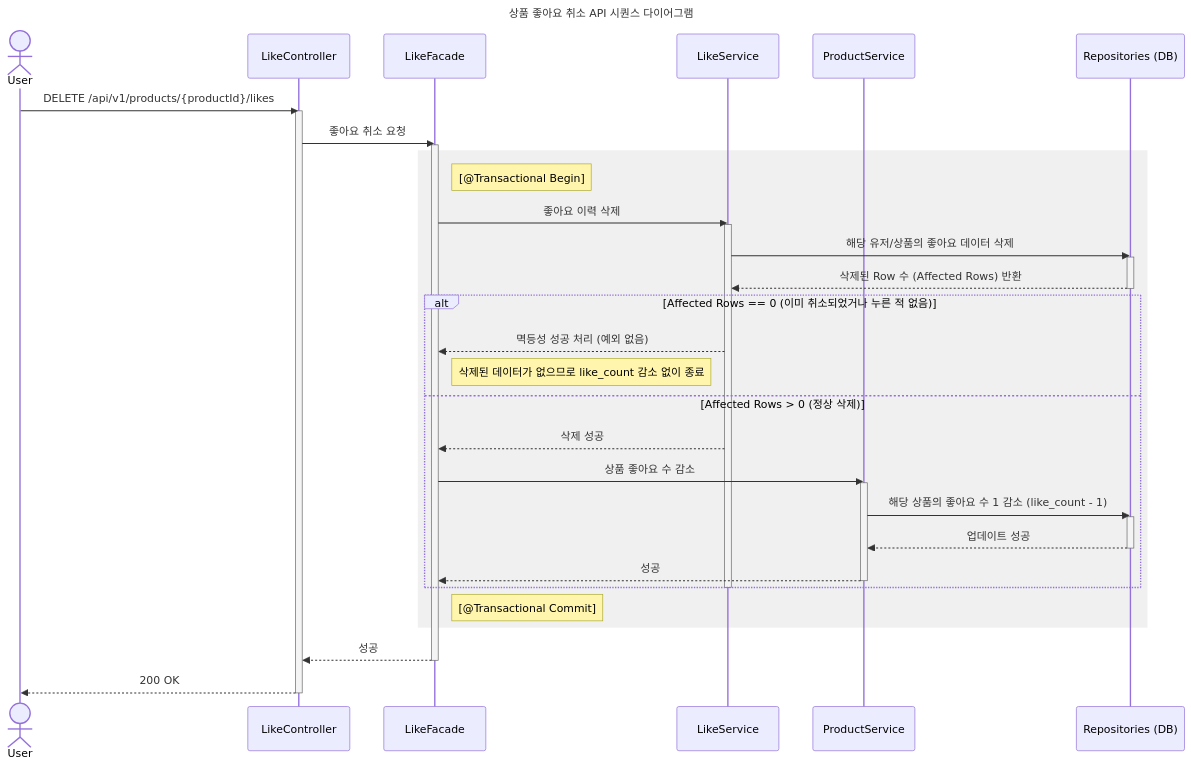
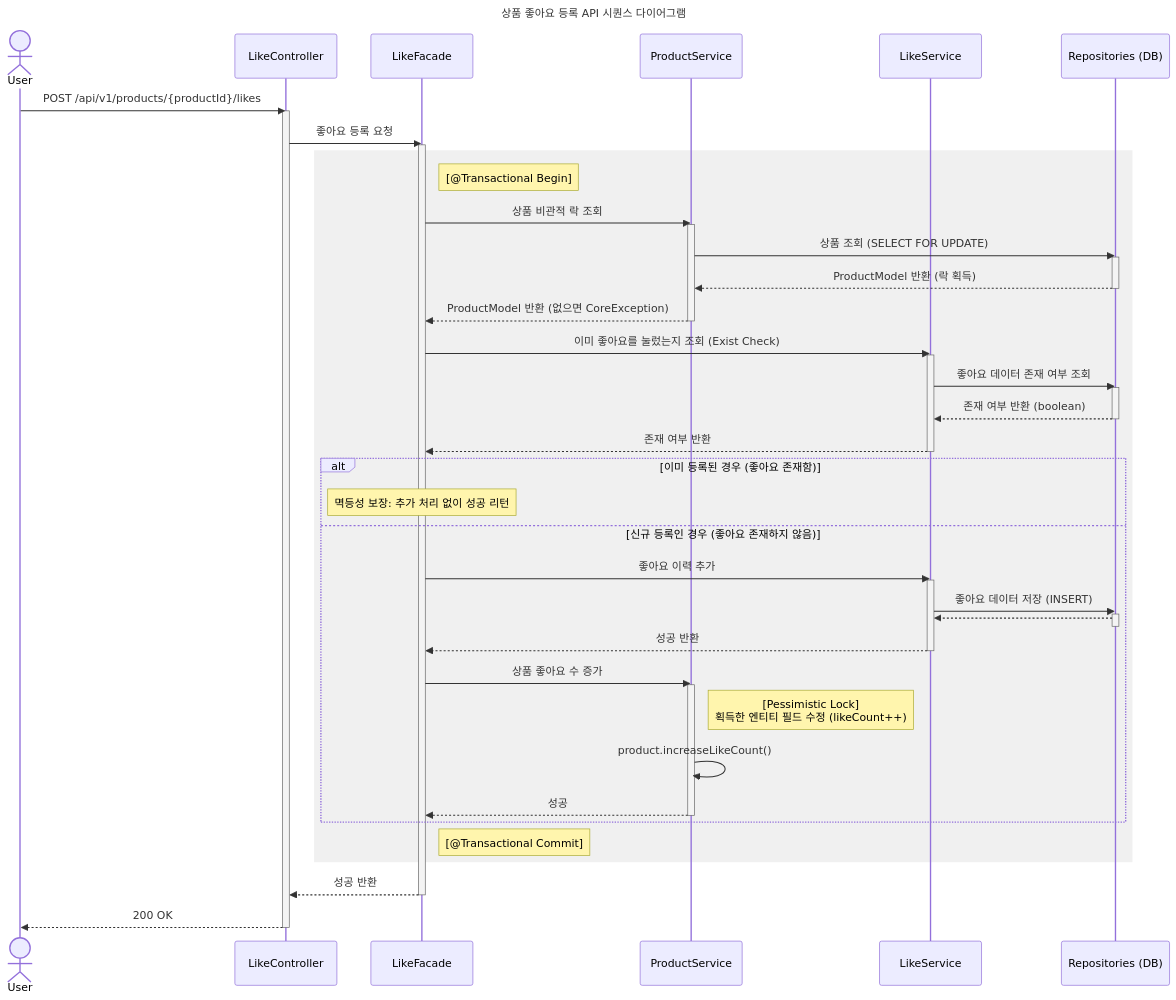
The third of 5 diagrams in docs/week2/02-sequence-diagrams.md (loopers-labs/loop-pack-be-l2-vol4-java), drawn with Mermaid before and after one commit. The commit also changed other lines of this file and 4 other files, not shown here.

````diff
--- a/docs/week2/02-sequence-diagrams.md
+++ b/docs/week2/02-sequence-diagrams.md
@@ -167,52 +195,66 @@
 ```mermaid
 sequenceDiagram
-    title 상품 좋아요 취소 API 시퀀스 다이어그램
+    title 상품 좋아요 등록 API 시퀀스 다이어그램
     actor User
     participant Controller as LikeController
     participant Facade as LikeFacade
+    participant ProductSvc as ProductService
     participant LikeSvc as LikeService
-    participant ProductSvc as ProductService
     participant Repo as Repositories (DB)
 
-    User->>Controller: DELETE /api/v1/products/{productId}/likes
+    User->>Controller: POST /api/v1/products/{productId}/likes
     activate Controller
 
-    Controller->>Facade: 좋아요 취소 요청
+    Controller->>Facade: 좋아요 등록 요청
     activate Facade
 
     rect rgb(240, 240, 240)
         Note right of Facade: [@Transactional Begin]
 
-        Facade->>LikeSvc: 좋아요 이력 삭제
+        Facade->>ProductSvc: 상품 비관적 락 조회
+        activate ProductSvc
+        ProductSvc->>Repo: 상품 조회 (SELECT FOR UPDATE)
+        activate Repo
+        Repo-->>ProductSvc: ProductModel 반환 (락 획득)
+        deactivate Repo
+        ProductSvc-->>Facade: ProductModel 반환 (없으면 CoreException)
+        deactivate ProductSvc
+
+        Facade->>LikeSvc: 이미 좋아요를 눌렀는지 조회 (Exist Check)
         activate LikeSvc
-        LikeSvc->>Repo: 해당 유저/상품의 좋아요 데이터 삭제
+        LikeSvc->>Repo: 좋아요 데이터 존재 여부 조회
         activate Repo
-        Repo-->>LikeSvc: 삭제된 Row 수 (Affected Rows) 반환
+        Repo-->>LikeSvc: 존재 여부 반환 (boolean)
         deactivate Repo
+        LikeSvc-->>Facade: 존재 여부 반환
+        deactivate LikeSvc
 
-        alt Affected Rows == 0 (이미 취소되었거나 누른 적 없음)
-            LikeSvc-->>Facade: 멱등성 성공 처리 (예외 없음)
-            Note right of Facade: 삭제된 데이터가 없으므로 like_count 감소 없이 종료
-        else Affected Rows > 0 (정상 삭제)
-            LikeSvc-->>Facade: 삭제 성공
-            
-            Facade->>ProductSvc: 상품 좋아요 수 감소
+        alt 이미 등록된 경우 (좋아요 존재함)
+            Note over Facade: 멱등성 보장: 추가 처리 없이 성공 리턴
+        else 신규 등록인 경우 (좋아요 존재하지 않음)
+            Facade->>LikeSvc: 좋아요 이력 추가
+            activate LikeSvc
+            LikeSvc->>Repo: 좋아요 데이터 저장 (INSERT)
+            activate Repo
+            Repo-->>LikeSvc: 
+            deactivate Repo
+            LikeSvc-->>Facade: 성공 반환
+            deactivate LikeSvc
+
+            Facade->>ProductSvc: 상품 좋아요 수 증가
             activate ProductSvc
-            ProductSvc->>Repo: 해당 상품의 좋아요 수 1 감소 (like_count - 1)
-            activate Repo
-            Repo-->>ProductSvc: 업데이트 성공
-            deactivate Repo
+            Note right of ProductSvc: [Pessimistic Lock]<br/>획득한 엔티티 필드 수정 (likeCount++)
+            ProductSvc->>ProductSvc: product.increaseLikeCount()
             ProductSvc-->>Facade: 성공
             deactivate ProductSvc
         end
-        deactivate LikeSvc
-        
+
         Note right of Facade: [@Transactional Commit]
     end
 
-    Facade-->>Controller: 성공
+    Facade-->>Controller: 성공 반환
     deactivate Facade
 
     Controller-->>User: 200 OK
     deactivate Controller
 ```
````
